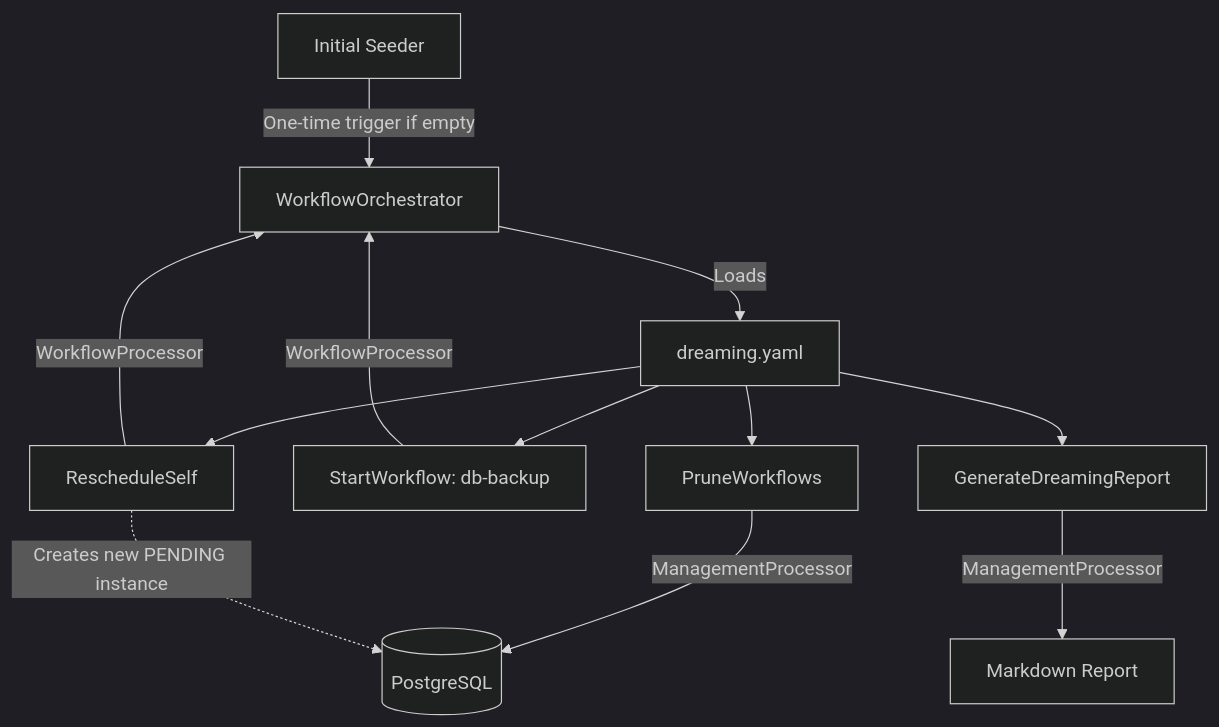
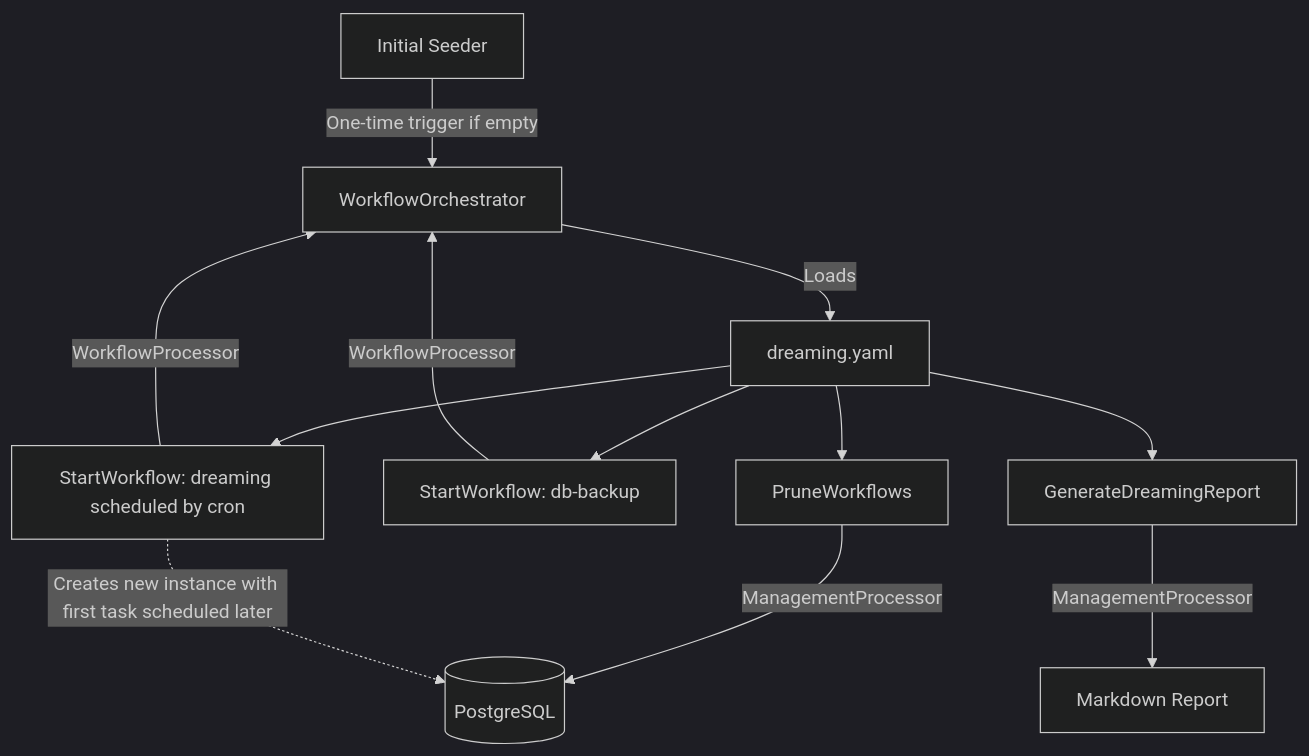
The diagram in .kiro/specs/dreaming/design.md (AlexandreBrisebois/whats-for-supper), drawn with Mermaid (dark theme) before and after one commit. The commit also changed other lines of this file and 10 other files, not shown here.

First line of the commit message:
feat: implement dreaming workflow with scheduled triggers and recovery flow

````diff
--- a/.kiro/specs/dreaming/design.md
+++ b/.kiro/specs/dreaming/design.md
@@ -7,16 +7,16 @@
 ```mermaid
 graph TD
     Worker[Initial Seeder] -->|One-time trigger if empty| Orchestrator[WorkflowOrchestrator]
     Orchestrator -->|Loads| YAML[dreaming.yaml]
     YAML --> Task1[PruneWorkflows]
     YAML --> Task2[StartWorkflow: db-backup]
     YAML --> Task3[GenerateDreamingReport]
-    YAML --> Task4[RescheduleSelf]
+    YAML --> Task4[StartWorkflow: dreaming scheduled by cron]
     
     Task1 -->|ManagementProcessor| DB[(PostgreSQL)]
     Task2 -->|WorkflowProcessor| Orchestrator
     Task3 -->|ManagementProcessor| Report[Markdown Report]
     Task4 -->|WorkflowProcessor| Orchestrator
     
-    Task4 -.->|Creates new PENDING instance| DB
+    Task4 -.->|Creates new instance with first task scheduled later| DB
 ```
````
